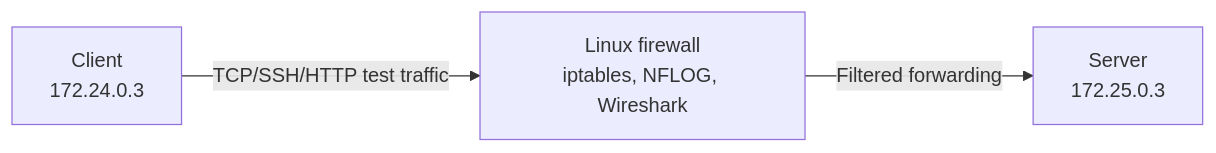
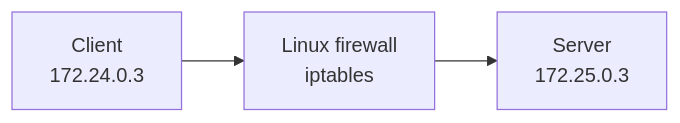
One commit to eronivaka-svg/linux-firewall-iptables-lab changed the diagram in README.md. Above: the diagram before and after it, drawn with Mermaid. The commit also changed other lines of this file, not shown here.

````diff
--- a/README.md
+++ b/README.md
@@ -12,5 +11,5 @@
 ```mermaid
 flowchart LR
-    C["Client\n172.24.0.3"] -->|"TCP/SSH/HTTP test traffic"| F["Linux firewall\niptables, NFLOG, Wireshark"]
-    F -->|"Filtered forwarding"| S["Server\n172.25.0.3"]
+    C["Client<br/>172.24.0.3"] --> F["Linux firewall<br/>iptables"]
+    F --> S["Server<br/>172.25.0.3"]
 ```
````
